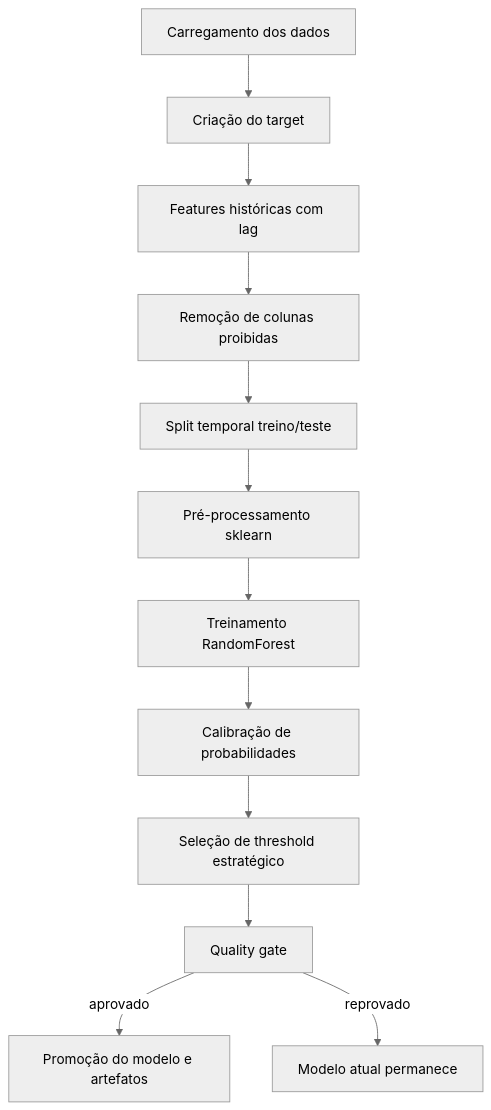
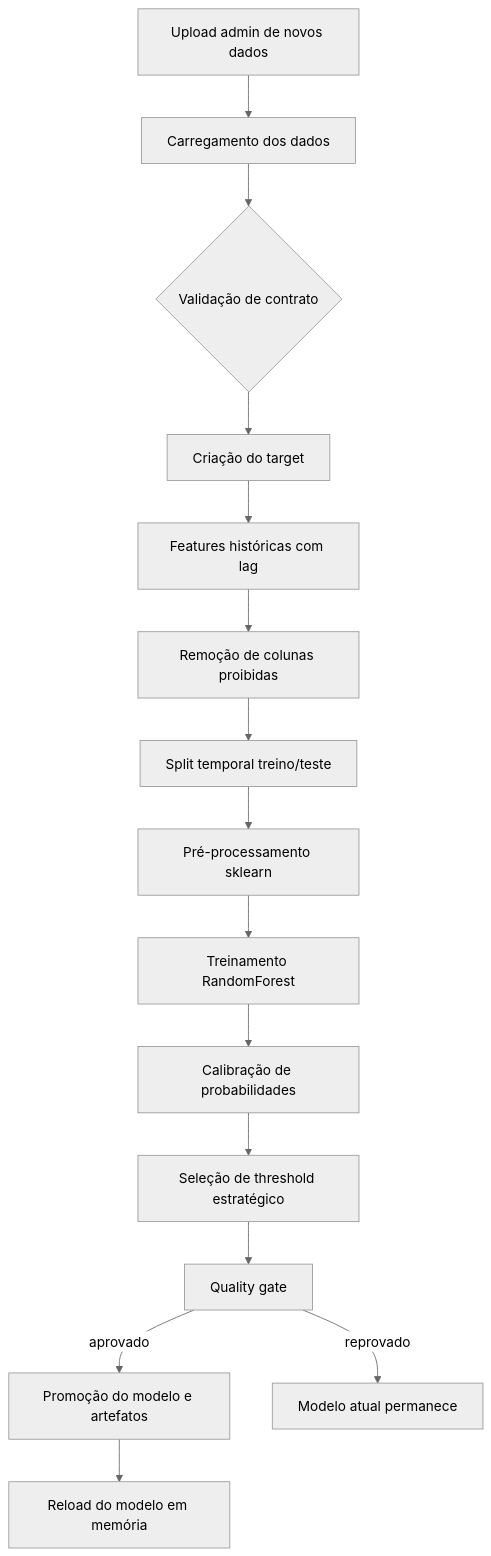
One commit to PauloGuedes2/passos-magicos-datathon changed the second of 7 diagrams in README.md. Above: the diagram before and after it, drawn with Mermaid (neutral theme). The commit also changed other lines of this file and 1 other file, not shown here.

Commit message:
feat: adicionando interface administrativa para upload de novos dados e retreinamento

````diff
--- a/README.md
+++ b/README.md
@@ -163,14 +178,17 @@
 ```mermaid
 flowchart TD
-    A[Carregamento dos dados] --> B[Criação do target]
+    U[Upload admin de novos dados] --> A[Carregamento dos dados]
+    A --> V{Validação de contrato}
+    V --> B[Criação do target]
     B --> C[Features históricas com lag]
     C --> D[Remoção de colunas proibidas]
     D --> E[Split temporal treino/teste]
     E --> F[Pré-processamento sklearn]
     F --> G[Treinamento RandomForest]
     G --> H[Calibração de probabilidades]
     H --> I[Seleção de threshold estratégico]
     I --> J[Quality gate]
     J -->|aprovado| K[Promoção do modelo e artefatos]
+    K --> M[Reload do modelo em memória]
     J -->|reprovado| L[Modelo atual permanece]
 ```
````
